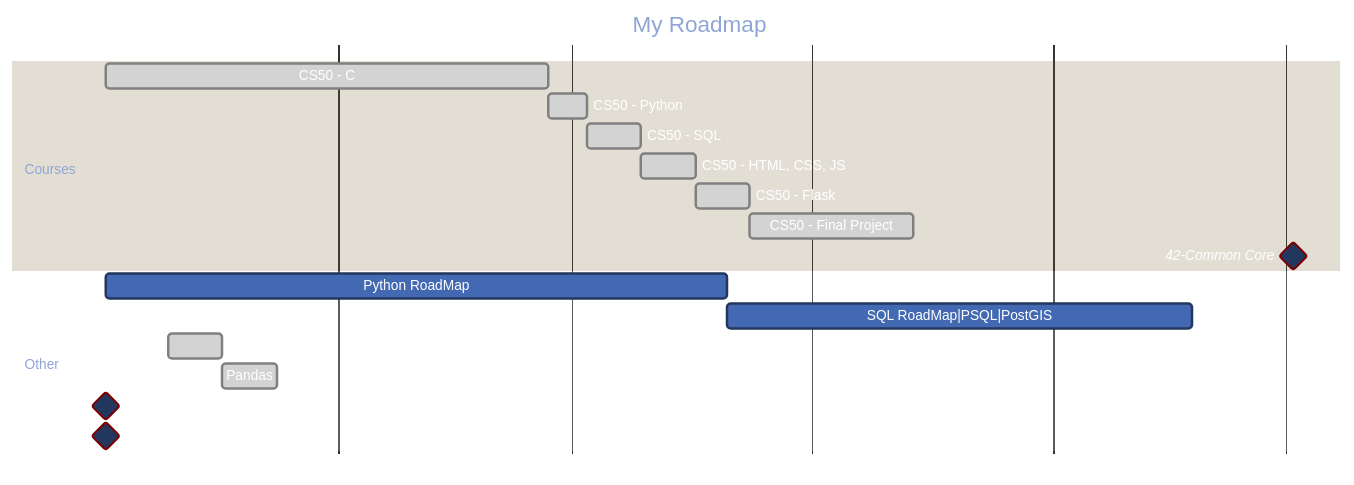
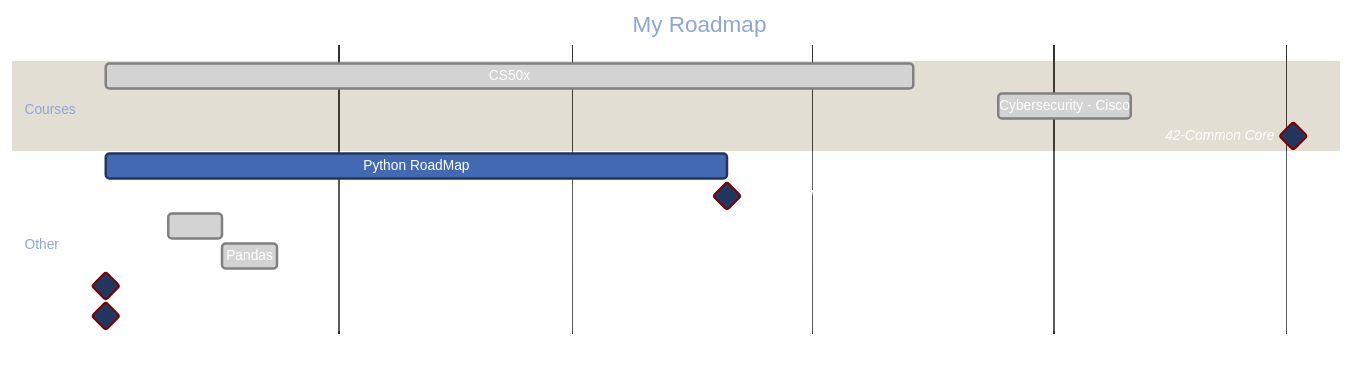
The diagram in README.md (see7e/programming-studies), drawn with Mermaid before and after one commit. The commit also changed other lines of this file and 7 other files, not shown here.

````diff
--- a/README.md
+++ b/README.md
@@ -45,34 +51,30 @@
 ```mermaid
 %%{
   init: {
     'theme': 'base',
     'themeVariables': {
       'primaryColor': '#23375E',
       'primaryTextColor': '#FFF',
       'primaryBorderColor': '#7C0000',
       'lineColor': '#F8B229'
     }
   }
 }%%
 
 gantt
 	title My Roadmap
     dateFormat  DD-MM-YYYY
 
     section Courses
-    CS50 - C                    :done, c1, 02-05-2023, 28-06-2023
-    CS50 - Python               :done, c2, after c1, 03-07-2023
-    CS50 - SQL                  :done, c3, after c2, 7d
-    CS50 - HTML, CSS, JS        :done, c4, after c3, 7d
-    CS50 - Flask                :done, c5, after c4, 7d
-    CS50 - Final Project        :done, c6, after c5, 14-08-2023
+    CS50x                       :done, c1, 02-05-2023, 14-08-2023
+    Cybersecurity - Cisco       :done, c7, 25-08-2023, 11-09-2023
     42-Common Core              :milestone, 42, 02-10-2023, 0d
 
     section Other
     Python RoadMap              :active, a1, 02-05-2023, 80d
-    SQL RoadMap|PSQL|PostGIS    :active, after a1, 60d
+    SQL RoadMap|PSQL|PostGIS    :milestone, after a1, 0d
     OpenPyXL                    :done, a5, 10-05-2023, 7d 
     Pandas                      :done, after a5, 7d
     PowerBI (not started)       :milestone, 02-05-2023, 0d
     PowerApps (not started)     :milestone, 0d
 ```
````
